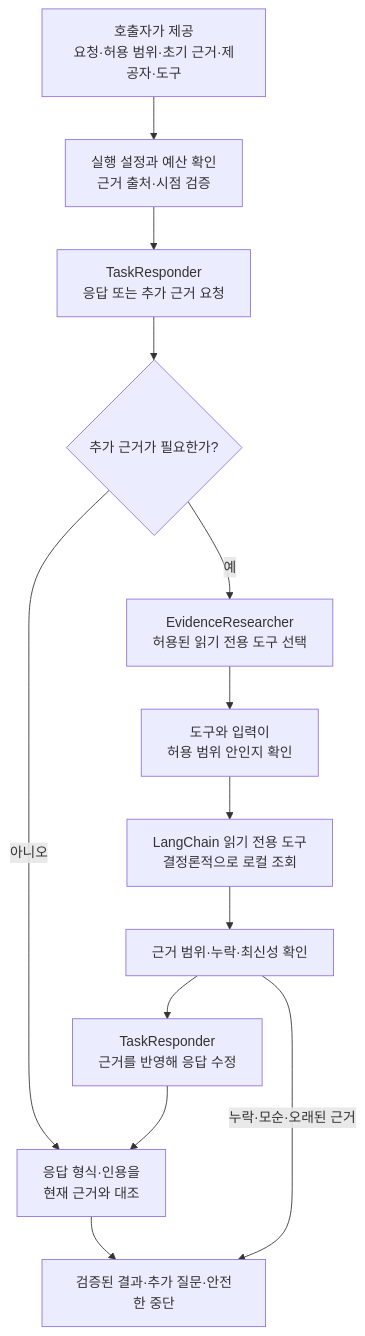
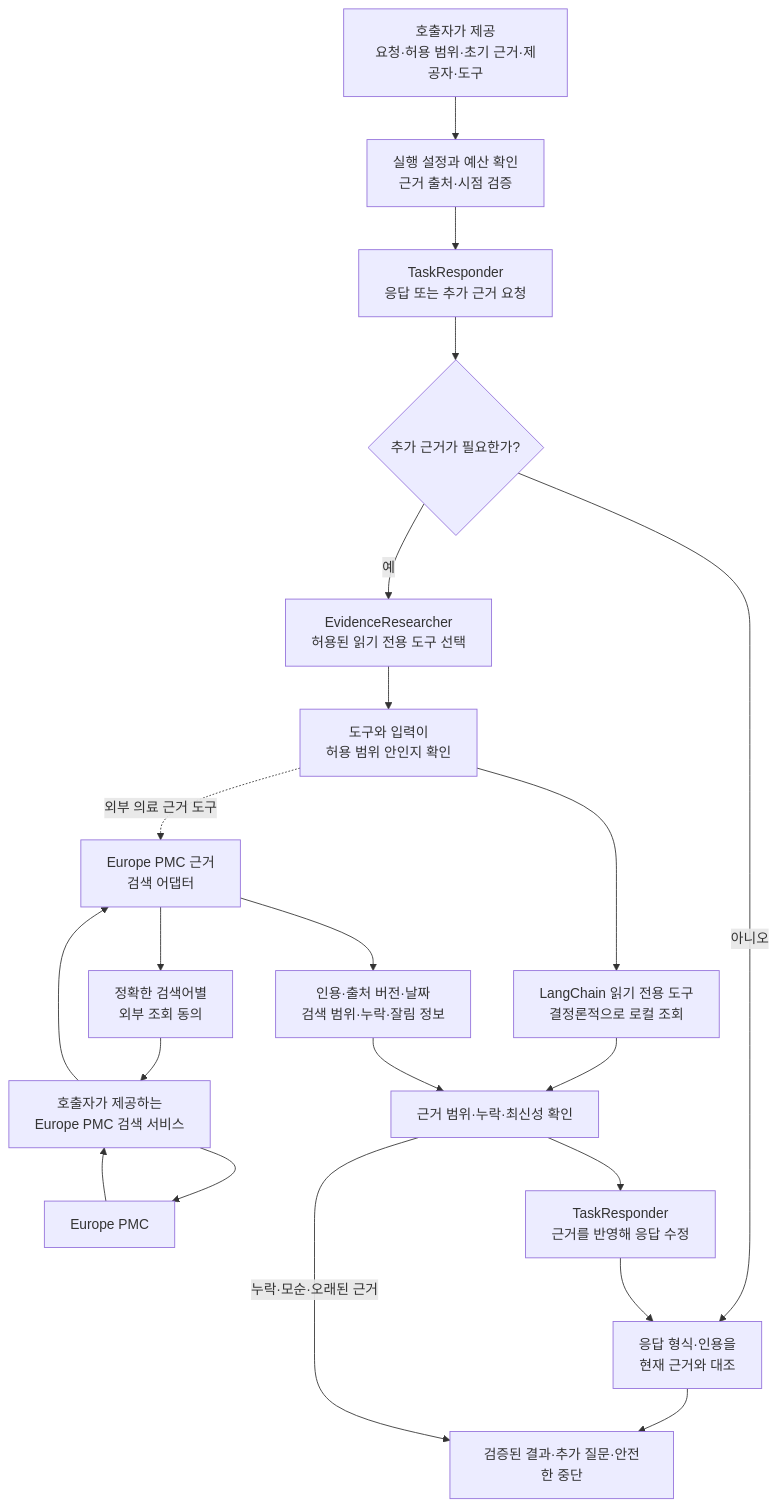
One commit to eunsoogi/orot changed the fifth of 6 diagrams in README.md. Above: the diagram before and after it, drawn with Mermaid. The commit also changed other lines of this file, not shown here.

````diff
--- a/README.md
+++ b/README.md
@@ -138,20 +187,27 @@
 ```mermaid
 flowchart TB
   input["호출자가 제공<br/>요청·허용 범위·초기 근거·제공자·도구"]
   validate["실행 설정과 예산 확인<br/>근거 출처·시점 검증"]
   responder["TaskResponder<br/>응답 또는 추가 근거 요청"]
   decision{"추가 근거가 필요한가?"}
   validateResult["응답 형식·인용을<br/>현재 근거와 대조"]
   researcher["EvidenceResearcher<br/>허용된 읽기 전용 도구 선택"]
   validateTool["도구와 입력이<br/>허용 범위 안인지 확인"]
   localTool["LangChain 읽기 전용 도구<br/>결정론적으로 로컬 조회"]
+  queryConsent["정확한 검색어별<br/>외부 조회 동의"]
+  europePmcTool["Europe PMC 근거<br/>검색 어댑터"]
+  europePmcService["호출자가 제공하는<br/>Europe PMC 검색 서비스"]
+  europePmc["Europe PMC"]
+  externalEvidence["인용·출처 버전·날짜<br/>검색 범위·누락·잘림 정보"]
   evidenceCheck["근거 범위·누락·최신성 확인"]
   revision["TaskResponder<br/>근거를 반영해 응답 수정"]
   result["검증된 결과·추가 질문·안전한 중단"]
 
   input --> validate --> responder --> decision
   decision -->|"아니오"| validateResult --> result
   decision -->|"예"| researcher --> validateTool --> localTool
   localTool --> evidenceCheck --> revision --> validateResult
+  validateTool -. "외부 의료 근거 도구" .-> europePmcTool --> queryConsent --> europePmcService --> europePmc
+  europePmc --> europePmcService --> europePmcTool --> externalEvidence --> evidenceCheck
   evidenceCheck -->|"누락·모순·오래된 근거"| result
 ```
````
